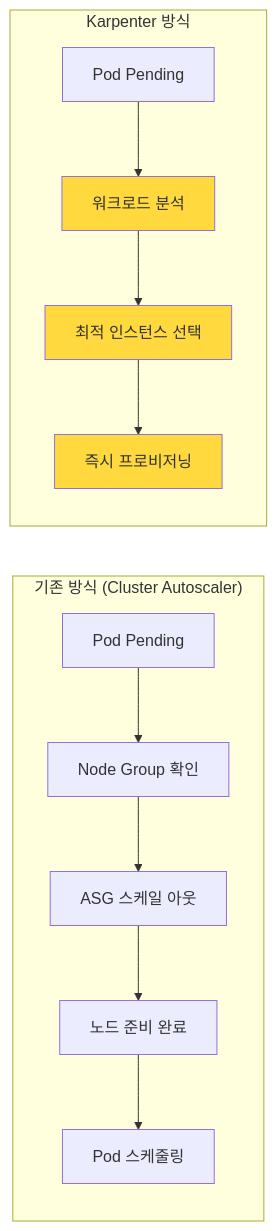
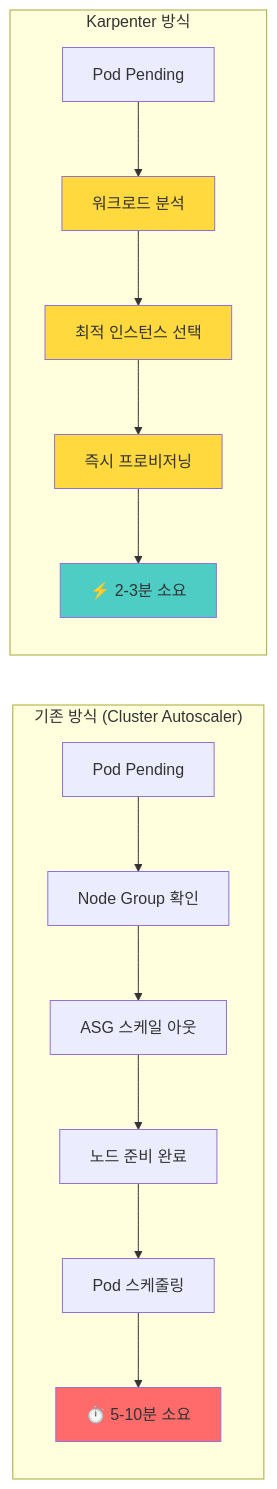
Diagram 11 of 35 in docs/genai-aiml/agentic-ai-challenges.md (devfloor9/engineering-playbook), drawn with Mermaid before and after one commit. The commit also changed other lines of this file, not shown here.

First line of the commit message:
Improve document flow and add TL;DR to agentic-ai-challenges.md

````diff
--- a/docs/genai-aiml/agentic-ai-challenges.md
+++ b/docs/genai-aiml/agentic-ai-challenges.md
@@ -69,19 +505,23 @@
 ```mermaid
 flowchart LR
     subgraph "기존 방식 (Cluster Autoscaler)"
         CA1[Pod Pending] --> CA2[Node Group 확인]
         CA2 --> CA3[ASG 스케일 아웃]
         CA3 --> CA4[노드 준비 완료]
         CA4 --> CA5[Pod 스케줄링]
+        CA5 --> CA6["⏱️ 5-10분 소요"]
     end
 
     subgraph "Karpenter 방식"
         K1[Pod Pending] --> K2[워크로드 분석]
         K2 --> K3[최적 인스턴스 선택]
         K3 --> K4[즉시 프로비저닝]
+        K4 --> K5["⚡ 2-3분 소요"]
     end
 
+    style CA6 fill:#ff6b6b
+    style K5 fill:#4ecdc4
     style K2 fill:#ffd93d
     style K3 fill:#ffd93d
     style K4 fill:#ffd93d
 ```
````
